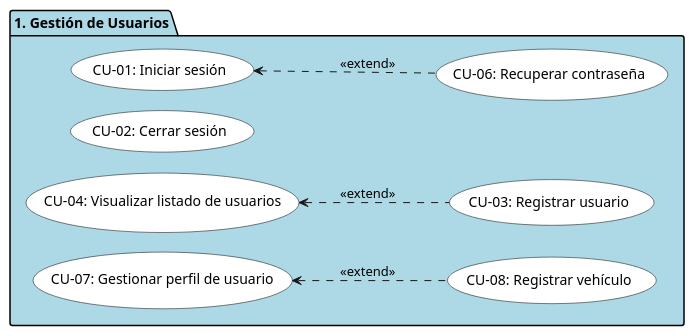
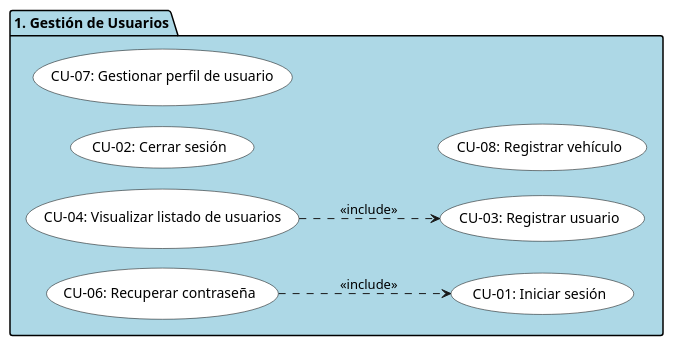
One commit to iAngie28/emergencia.vehicular changed the diagram in uml/arquitectura_sistema/paquete1.puml. Above: the diagram before and after it, drawn with PlantUML. The commit also changed 147 other files, not shown here.

```diff
--- a/uml/arquitectura_sistema/paquete1.puml
+++ b/uml/arquitectura_sistema/paquete1.puml
@@ -1,32 +1,31 @@
 @startuml
 left to right direction
 
 ' Configuración estricta UML 2.5 sin actores
 skinparam packageStyle strictuml
 skinparam nodesep 20
 skinparam ranksep 80
 skinparam usecase {
   BackgroundColor White
   BorderColor Black
 }
 
 package "1. Gestión de Usuarios" #LightBlue {
     usecase "CU-01: Iniciar sesión" as CU1
     usecase "CU-02: Cerrar sesión" as CU2
     usecase "CU-03: Registrar usuario" as CU3
     usecase "CU-04: Visualizar listado de usuarios" as CU4
     usecase "CU-06: Recuperar contraseña" as CU6
     usecase "CU-07: Gestionar perfil de usuario" as CU7
     usecase "CU-08: Registrar vehículo" as CU8
 
-    CU1 <.. CU6 : <<extend>>
-    CU7 <.. CU8 : <<extend>>
-    CU4 <.. CU3 : <<extend>>
+    CU6 ..> CU1 : <<include>>
+    CU4 ..> CU3 : <<include>>
 
 }
 
 
 
 
 
 @enduml
```
